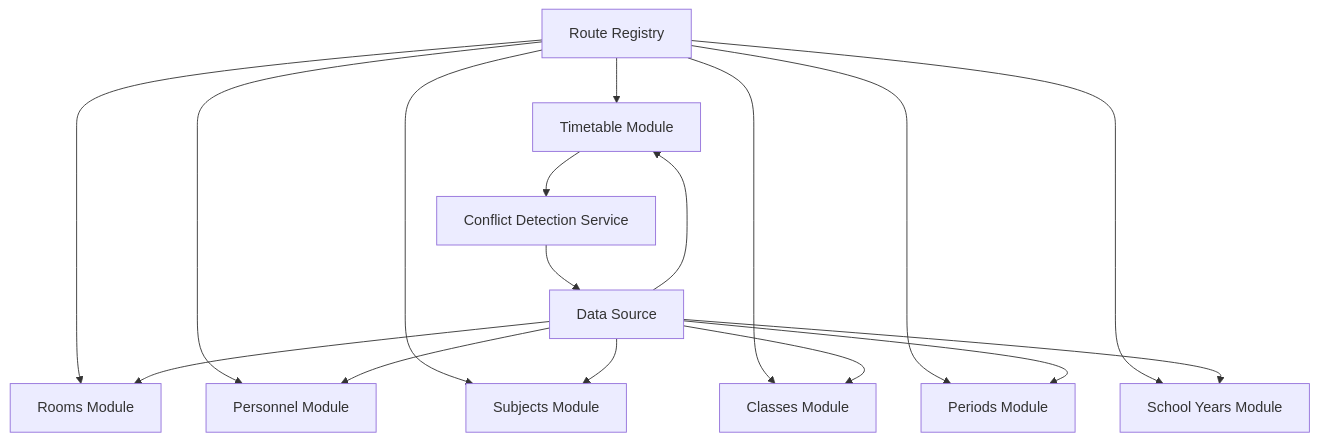
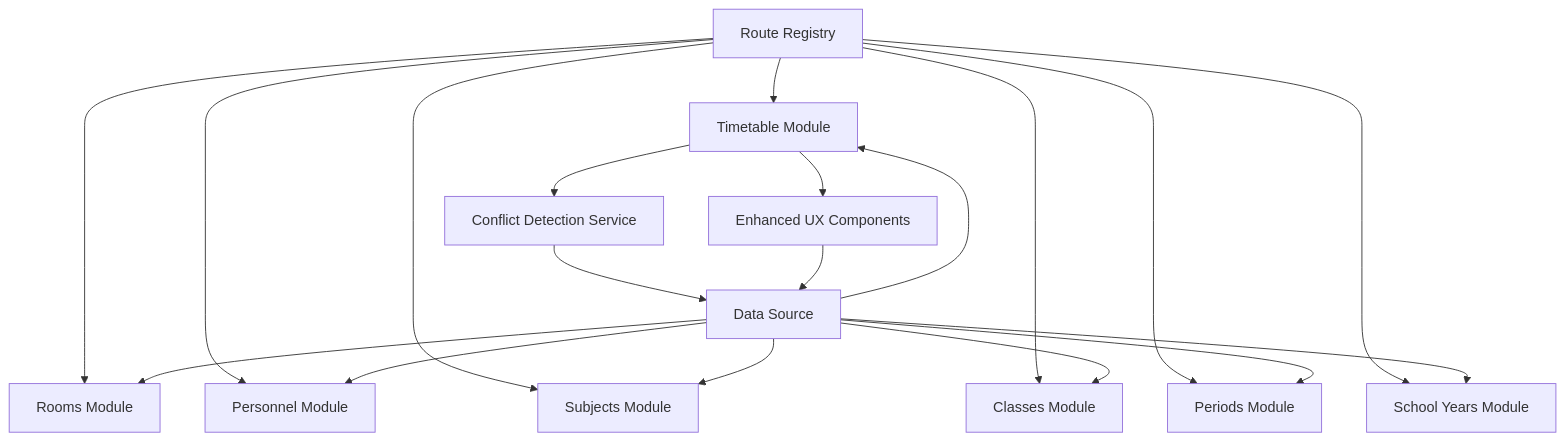
Before and after one commit to franckylab/eLISAschool: diagram 11 of 11 in .qoder/repowiki/en/content/Academic Management System/Class & Schedule Management/Timetable Creation & Scheduling.md, drawn with Mermaid. The commit also changed other lines of this file and 49 other files, not shown here.

````diff
--- a/.qoder/repowiki/en/content/Academic Management System/Class & Schedule Management/Timetable Creation & Scheduling.md
+++ b/.qoder/repowiki/en/content/Academic Management System/Class & Schedule Management/Timetable Creation & Scheduling.md
@@ -655,19 +636,21 @@
 ```mermaid
 graph TB
 RR["Route Registry"] --> ED["Timetable Module"]
 RR --> RM["Rooms Module"]
 RR --> PE["Personnel Module"]
 RR --> SU["Subjects Module"]
 RR --> CL["Classes Module"]
 RR --> PER["Periods Module"]
 RR --> SY["School Years Module"]
 DS["Data Source"] --> ED
 DS --> RM
 DS --> PE
 DS --> SU
 DS --> CL
 DS --> PER
 DS --> SY
 ED --> CS["Conflict Detection Service"]
+ED --> UX["Enhanced UX Components"]
 CS --> DS
+UX --> DS
 ```
````
